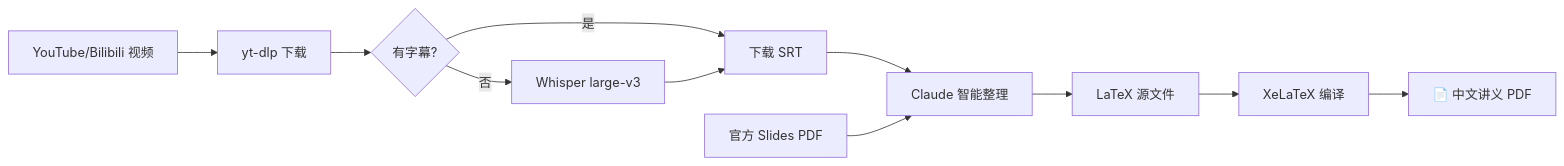
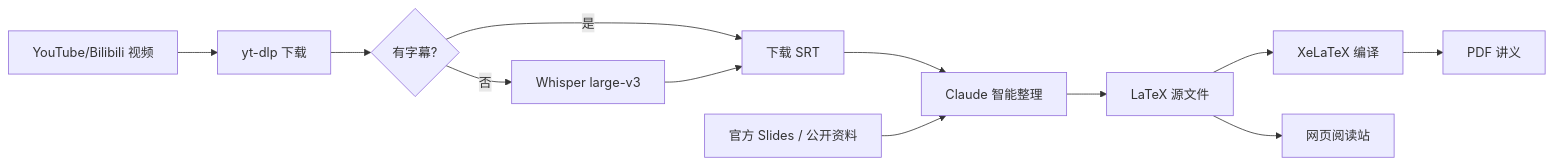
The diagram in README.md (hqhq1025/ai-course-notes), drawn with Mermaid before and after one commit. The commit also changed other lines of this file, not shown here.

````diff
--- a/README.md
+++ b/README.md
@@ -183,13 +190,14 @@
 ```mermaid
 graph LR
     A[YouTube/Bilibili 视频] --> B[yt-dlp 下载]
     B --> C{有字幕?}
     C -->|是| D[下载 SRT]
     C -->|否| E[Whisper large-v3]
     E --> D
     D --> F[Claude 智能整理]
-    G[官方 Slides PDF] --> F
+    G[官方 Slides / 公开资料] --> F
     F --> H[LaTeX 源文件]
     H --> I[XeLaTeX 编译]
-    I --> J[📄 中文讲义 PDF]
+    I --> J[PDF 讲义]
+    H --> K[网页阅读站]
 ```
````
